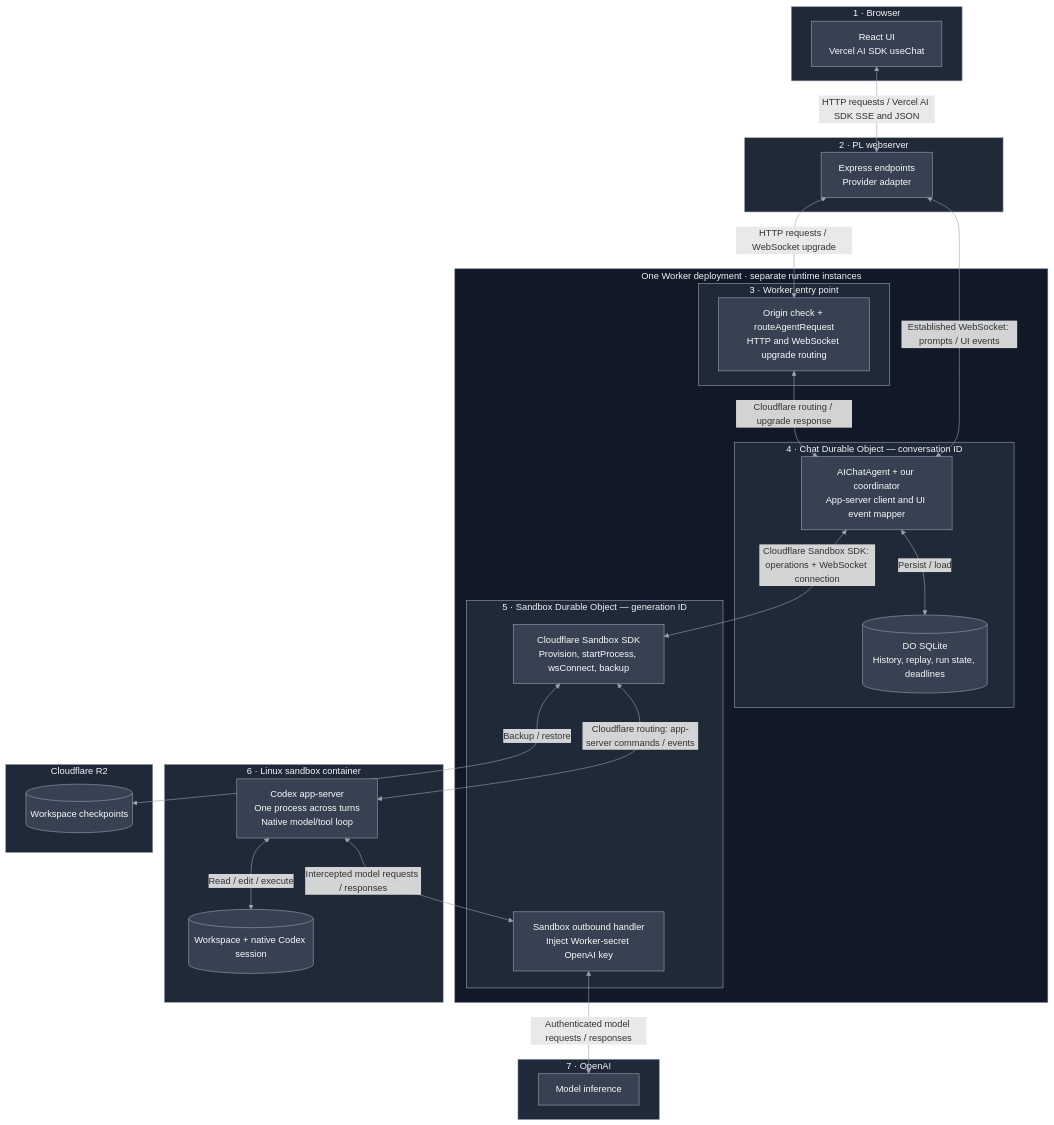
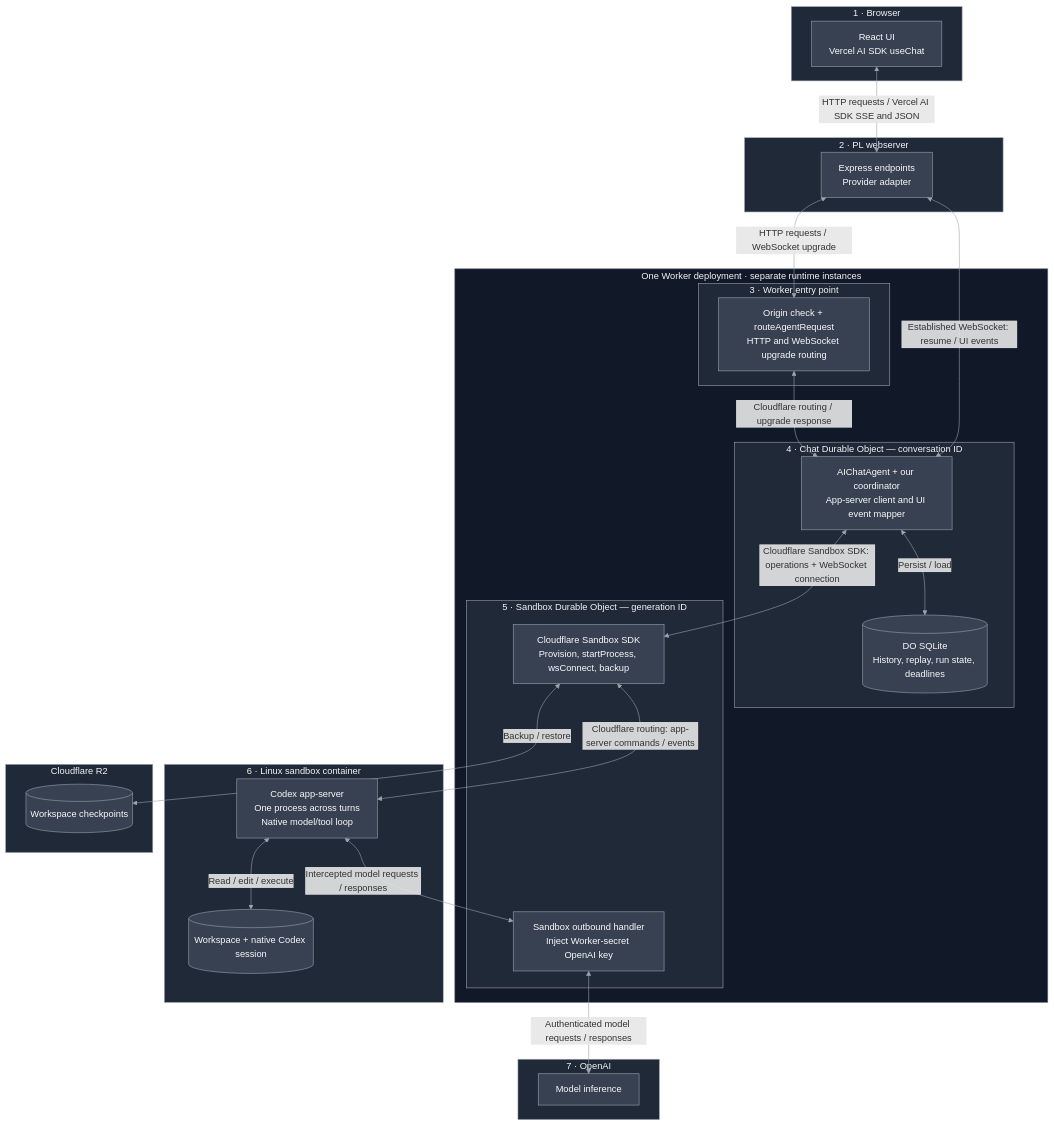
Before and after one commit to miguelaenlle/cloudflare-agents-sdk-test: the first of 3 diagrams in docs/architecture.md, drawn with Mermaid. The commit also changed other lines of this file and 3 other files, not shown here.

````diff
--- a/docs/architecture.md
+++ b/docs/architecture.md
@@ -11,56 +11,56 @@
 ```mermaid
 flowchart TB
     subgraph browser["1 · Browser"]
         UI["React UI<br/>Vercel AI SDK useChat"]
     end
     subgraph backend["2 · PL webserver"]
         Relay["Express endpoints<br/>Provider adapter"]
     end
     subgraph cloudflare["One Worker deployment · separate runtime instances"]
         subgraph entry["3 · Worker entry point"]
             Router["Origin check + routeAgentRequest<br/>HTTP and WebSocket upgrade routing"]
         end
         subgraph chat["4 · Chat Durable Object — conversation ID"]
             Coordinator["AIChatAgent + our coordinator<br/>App-server client and UI event mapper"]
             SQLite[("DO SQLite<br/>History, replay, run state, deadlines")]
         end
         subgraph control["5 · Sandbox Durable Object — generation ID"]
             SandboxAPI["Cloudflare Sandbox SDK<br/>Provision, startProcess, wsConnect, backup"]
             Auth["Sandbox outbound handler<br/>Inject Worker-secret OpenAI key"]
         end
     end
     subgraph container["6 · Linux sandbox container"]
         Codex["Codex app-server<br/>One process across turns<br/>Native model/tool loop"]
         Files[("Workspace + native Codex session")]
     end
     subgraph model["7 · OpenAI"]
         Inference["Model inference"]
     end
     subgraph storage["Cloudflare R2"]
         Backup[("Workspace checkpoints")]
     end
 
     UI <-->|"HTTP requests / Vercel AI SDK SSE and JSON"| Relay
     Relay <-->|"HTTP requests / WebSocket upgrade"| Router
     Router <-->|"Cloudflare routing / upgrade response"| Coordinator
-    Relay <-->|"Established WebSocket: prompts / UI events"| Coordinator
+    Relay <-->|"Established WebSocket: resume / UI events"| Coordinator
     Coordinator <-->|"Cloudflare Sandbox SDK: operations + WebSocket connection"| SandboxAPI
     SandboxAPI <-->|"Cloudflare routing: app-server commands / events"| Codex
     Coordinator <-->|"Persist / load"| SQLite
     SandboxAPI <-->|"Backup / restore"| Backup
     Codex <-->|"Read / edit / execute"| Files
     Codex <-->|"Intercepted model requests / responses"| Auth
     Auth <-->|"Authenticated model requests / responses"| Inference
 
     classDef default fill:#374151,stroke:#9ca3af,color:#f9fafb
     style cloudflare fill:#111827,stroke:#6b7280,color:#f3f4f6
     style browser fill:#1f2937,stroke:#9ca3af,color:#f3f4f6
     style backend fill:#1f2937,stroke:#9ca3af,color:#f3f4f6
     style entry fill:#1f2937,stroke:#9ca3af,color:#f3f4f6
     style chat fill:#1f2937,stroke:#9ca3af,color:#f3f4f6
     style control fill:#1f2937,stroke:#9ca3af,color:#f3f4f6
     style container fill:#1f2937,stroke:#9ca3af,color:#f3f4f6
     style model fill:#1f2937,stroke:#9ca3af,color:#f3f4f6
     style storage fill:#1f2937,stroke:#9ca3af,color:#f3f4f6
     linkStyle default stroke:#9ca3af
 ```
````
